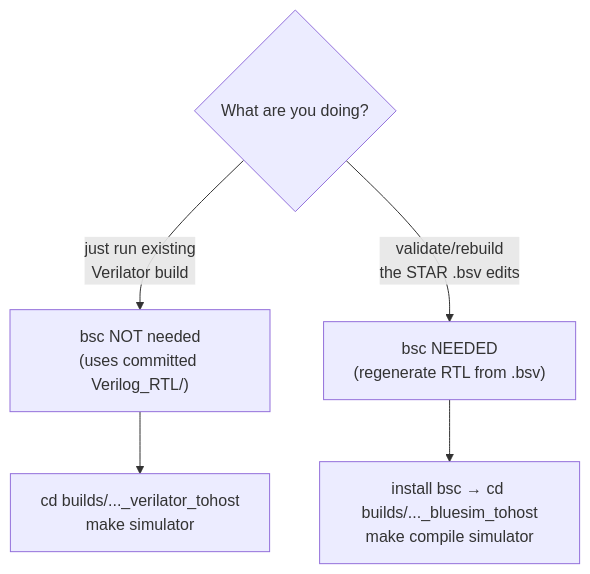
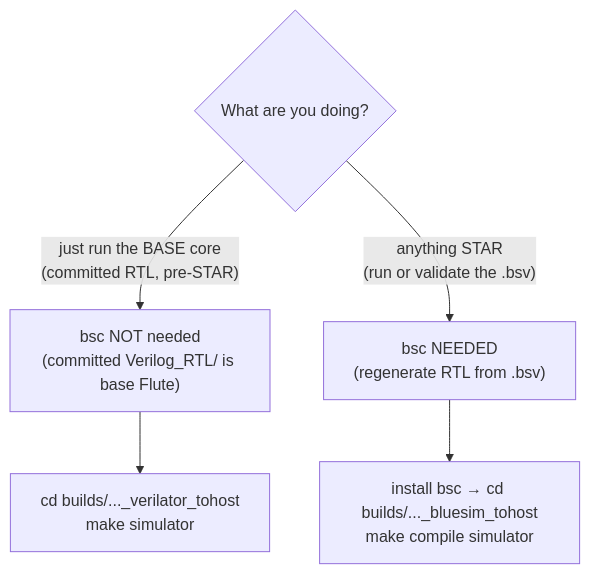
The diagram in Doc/STAR/10-building.md (rgollap1/STAR-Flute), drawn with Mermaid before and after one commit. The commit also changed other lines of this file and 3 other files, not shown here.

First line of the commit message:
Doc: make root README.adoc + Doc/STAR reflect STAR capabilities & bsc setup

````diff
--- a/Doc/STAR/10-building.md
+++ b/Doc/STAR/10-building.md
@@ -16,8 +16,8 @@
 ```mermaid
 flowchart TD
   Q{"What are you doing?"}
-  Q -->|"just run existing<br/>Verilator build"| V["bsc NOT needed<br/>(uses committed Verilog_RTL/)"]
-  Q -->|"validate/rebuild<br/>the STAR .bsv edits"| B["bsc NEEDED<br/>(regenerate RTL from .bsv)"]
+  Q -->|"just run the BASE core<br/>(committed RTL, pre-STAR)"| V["bsc NOT needed<br/>(committed Verilog_RTL/ is base Flute)"]
+  Q -->|"anything STAR<br/>(run or validate the .bsv)"| B["bsc NEEDED<br/>(regenerate RTL from .bsv)"]
   V --> VC["cd builds/..._verilator_tohost<br/>make simulator"]
   B --> BC["install bsc → cd builds/..._bluesim_tohost<br/>make compile simulator"]
 ```
````
